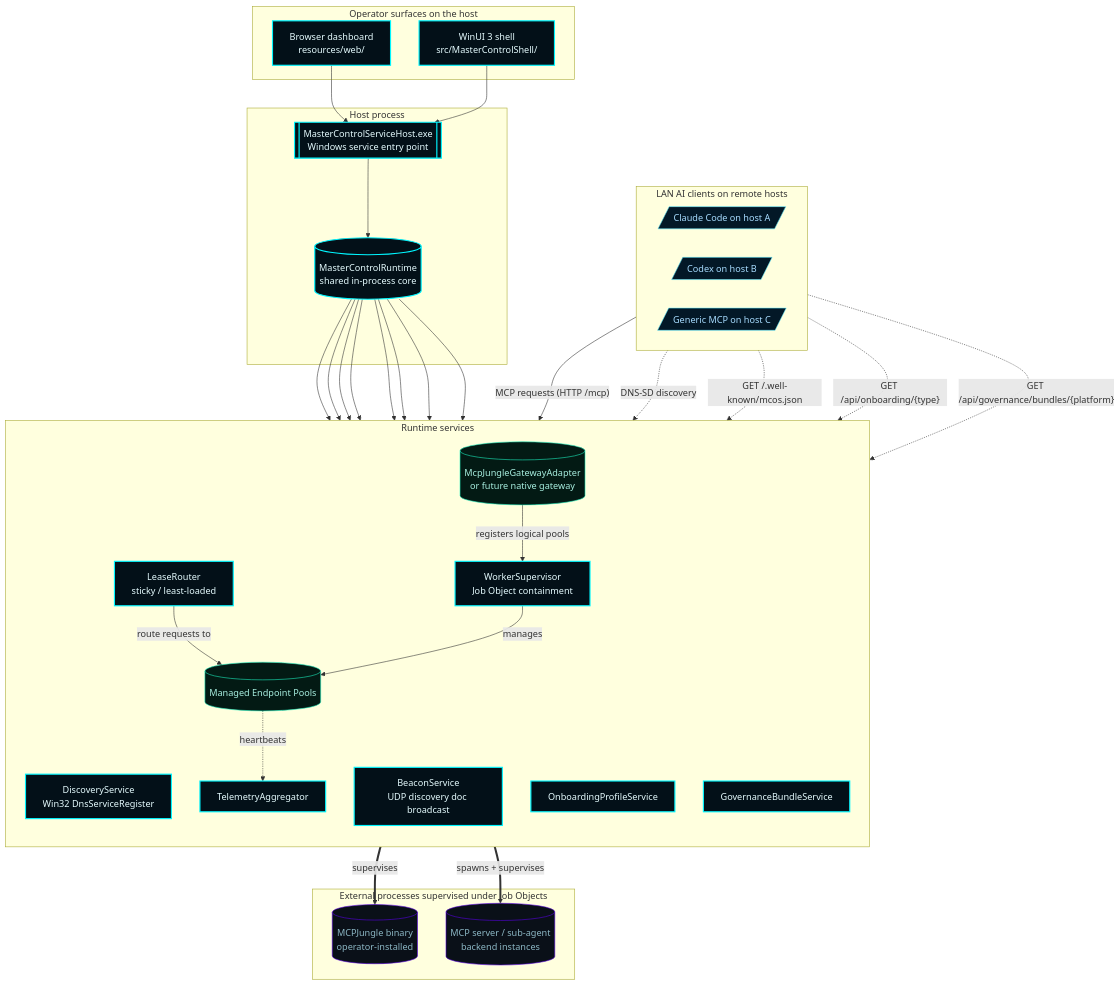
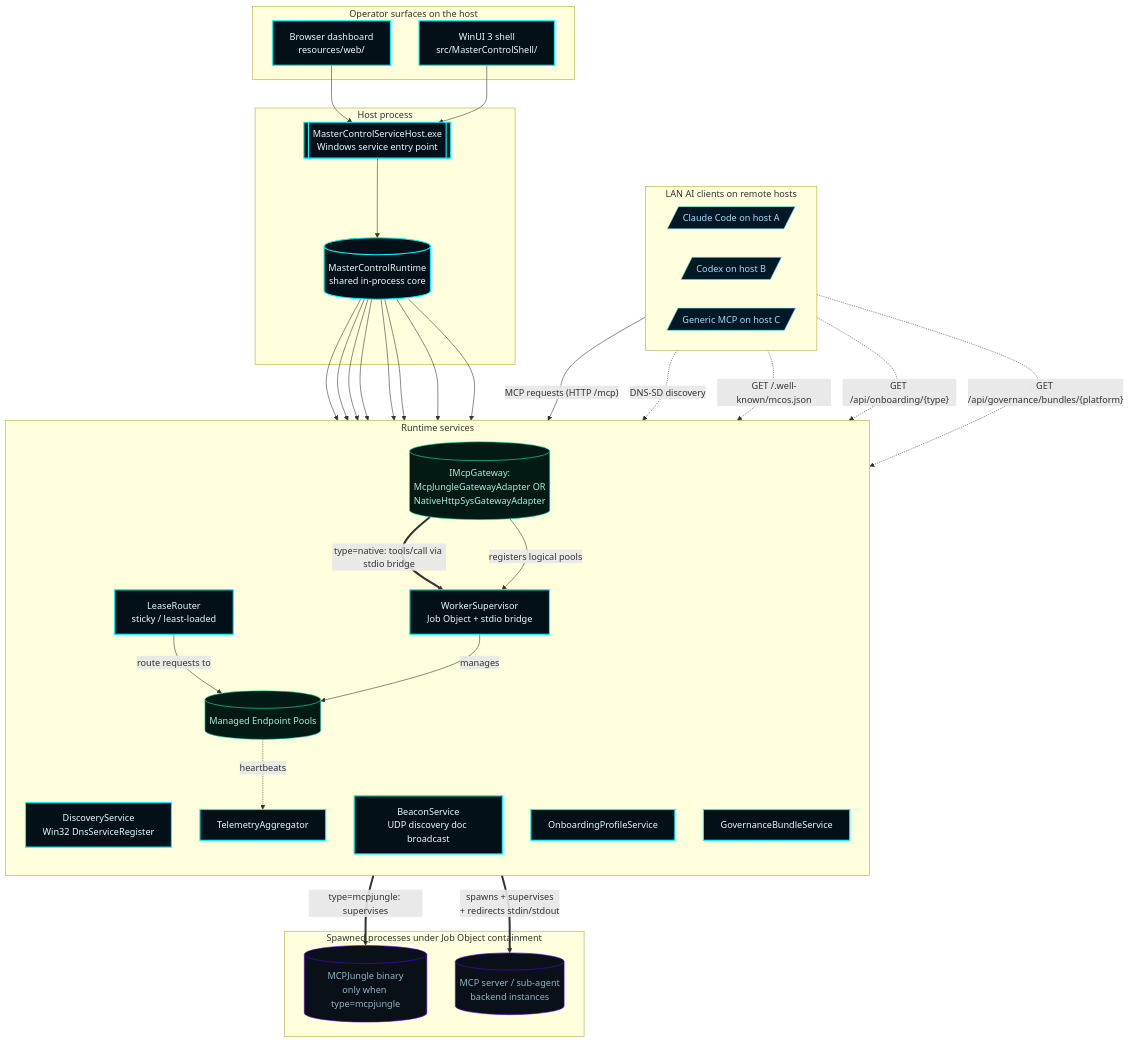
Before and after one commit to flynn33/Master-Control-Orchestration-Server: the second of 8 diagrams in docs/wiki/Architecture.md, drawn with Mermaid. The commit also changed other lines of this file and 16 other files, not shown here.

````diff
--- a/docs/wiki/Architecture.md
+++ b/docs/wiki/Architecture.md
@@ -50,65 +50,66 @@
 ```mermaid
 flowchart TB
     classDef accent fill:#031018,stroke:#00F6FF,color:#E6FCFF,stroke-width:2px;
     classDef sub fill:#0a1018,stroke:#5A00E8,color:#8CB7C4;
     classDef client fill:#031827,stroke:#5AE8FF,color:#A8DCFF;
     classDef good fill:#031a14,stroke:#1cf2c1,color:#a8efe0;
 
     subgraph LANClients[LAN AI clients on remote hosts]
         ClaudeCode[/Claude Code on host A/]:::client
         Codex[/Codex on host B/]:::client
         Other[/Generic MCP on host C/]:::client
     end
 
     subgraph Surfaces[Operator surfaces on the host]
         Browser[Browser dashboard<br/>resources/web/]:::accent
         Shell[WinUI 3 shell<br/>src/MasterControlShell/]:::accent
     end
 
     subgraph Host[Host process]
         Service[[MasterControlServiceHost.exe<br/>Windows service entry point]]:::accent
         Runtime[(MasterControlRuntime<br/>shared in-process core)]:::accent
     end
 
     subgraph Services[Runtime services]
         direction TB
         Disc[DiscoveryService<br/>Win32 DnsServiceRegister]:::accent
         Beacon[BeaconService<br/>UDP discovery doc broadcast]:::accent
         Onboard[OnboardingProfileService]:::accent
         Gov[GovernanceBundleService]:::accent
-        Sup[WorkerSupervisor<br/>Job Object containment]:::accent
+        Sup[WorkerSupervisor<br/>Job Object + stdio bridge]:::accent
         Lease[LeaseRouter<br/>sticky / least-loaded]:::accent
         Tel[TelemetryAggregator]:::accent
-        Adapter[(McpJungleGatewayAdapter<br/>or future native gateway)]:::good
+        Adapter[(IMcpGateway:<br/>McpJungleGatewayAdapter OR<br/>NativeHttpSysGatewayAdapter)]:::good
         Pools[(Managed Endpoint Pools)]:::good
     end
 
-    subgraph External[External processes supervised under Job Objects]
-        Jungle[(MCPJungle binary<br/>operator-installed)]:::sub
+    subgraph External[Spawned processes under Job Object containment]
+        Jungle[(MCPJungle binary<br/>only when type=mcpjungle)]:::sub
         Workers[(MCP server / sub-agent<br/>backend instances)]:::sub
     end
 
     LANClients -->|"MCP requests (HTTP /mcp)"| Adapter
     LANClients -.->|"DNS-SD discovery"| Disc
     LANClients -.->|"GET /.well-known/mcos.json"| Disc
     LANClients -.->|"GET /api/onboarding/{type}"| Onboard
     LANClients -.->|"GET /api/governance/bundles/{platform}"| Gov
 
     Browser --> Service
     Shell --> Service
     Service --> Runtime
     Runtime --> Disc
     Runtime --> Beacon
     Runtime --> Onboard
     Runtime --> Gov
     Runtime --> Sup
     Runtime --> Lease
     Runtime --> Tel
     Runtime --> Adapter
-    Adapter ==>|"supervises"| Jungle
-    Sup ==>|"spawns + supervises"| Workers
+    Adapter ==>|"type=mcpjungle: supervises"| Jungle
+    Adapter ==>|"type=native: tools/call via stdio bridge"| Sup
+    Sup ==>|"spawns + supervises<br/>+ redirects stdin/stdout"| Workers
     Adapter -->|"registers logical pools"| Sup
     Lease -->|"route requests to"| Pools
     Sup -->|"manages"| Pools
     Pools -.->|"heartbeats"| Tel
 ```
````
